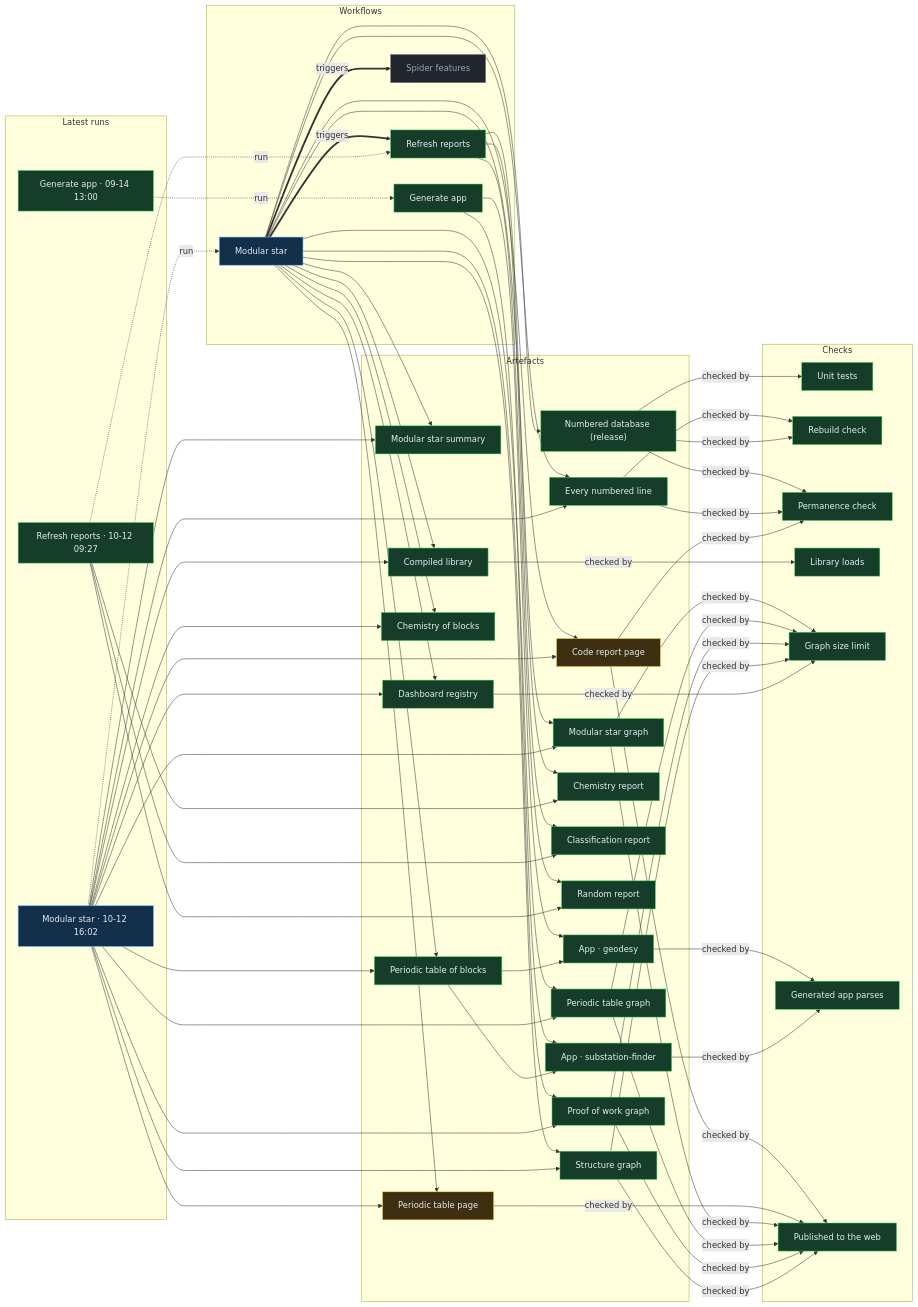
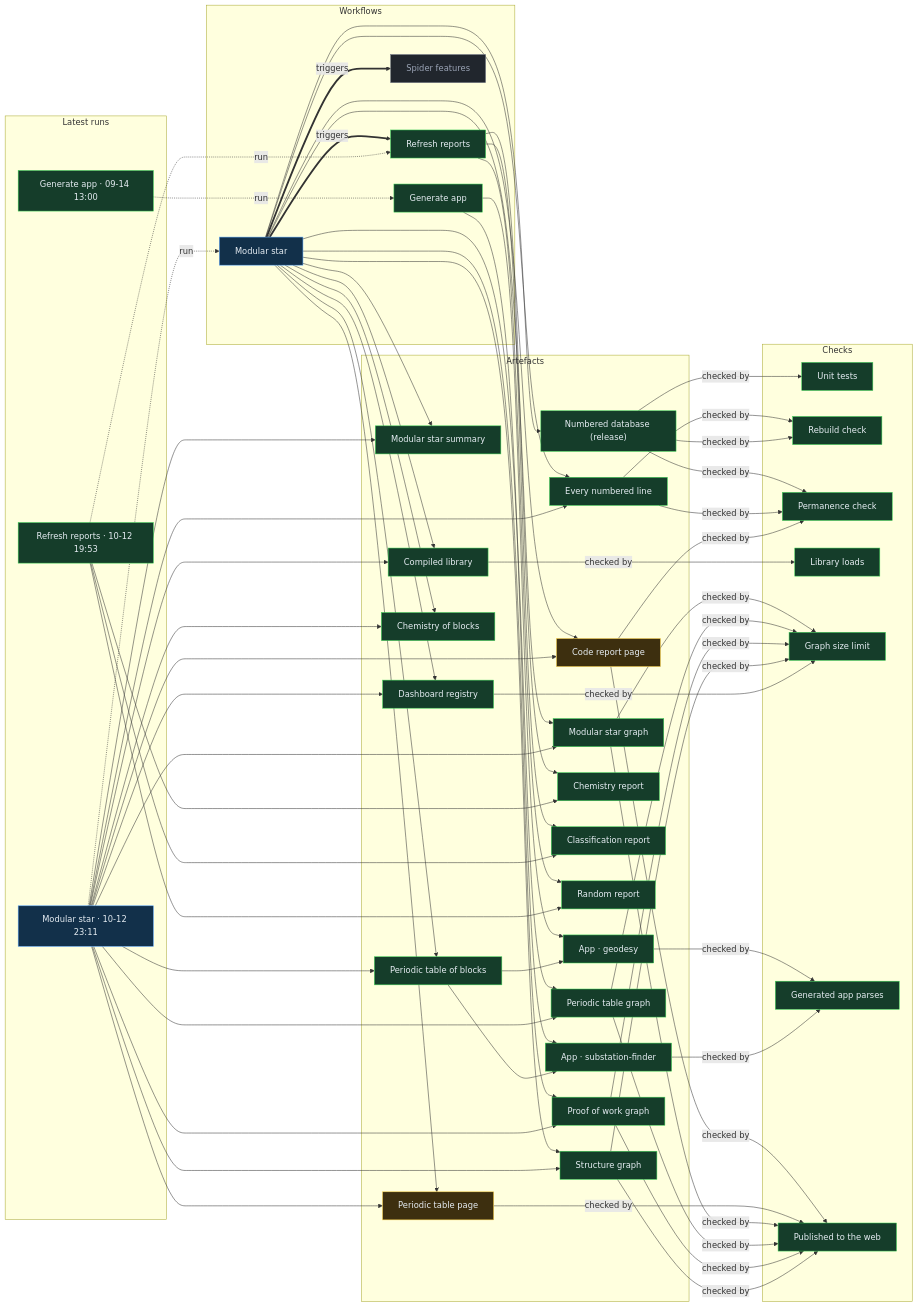
Before and after one commit to Ventusltd/stars: the diagram in proof/PROOF.md, drawn with Mermaid. The commit also changed other lines of this file and 34 other files, not shown here.

Commit message:
Modular star 2026-10-12T23:13Z

```diff
--- a/proof/PROOF.md
+++ b/proof/PROOF.md
@@ -24,8 +24,8 @@
   n_wf_spider_features["Spider features"]:::off
   end
   subgraph g_runs["Latest runs"]
-  n_run_38274598900["Modular star · 10-12 16:02"]:::live
-  n_run_38230027845["Refresh reports · 10-12 09:27"]:::ok
+  n_run_38320833153["Modular star · 10-12 23:11"]:::live
+  n_run_38300598444["Refresh reports · 10-12 19:53"]:::ok
   n_run_34846587798["Generate app · 09-14 13:00"]:::ok
   end
   subgraph g_artefacts["Artefacts"]
@@ -59,39 +59,39 @@
   end
   n_wf_modular_star == triggers ==> n_wf_refresh
   n_wf_modular_star == triggers ==> n_wf_spider_features
-  n_run_38274598900 -. run .-> n_wf_modular_star
-  n_run_38230027845 -. run .-> n_wf_refresh
+  n_run_38320833153 -. run .-> n_wf_modular_star
+  n_run_38300598444 -. run .-> n_wf_refresh
   n_run_34846587798 -. run .-> n_wf_generate
   n_wf_modular_star --> n_art_summary
-  n_run_38274598900 --> n_art_summary
+  n_run_38320833153 --> n_art_summary
   n_wf_modular_star --> n_art_lines
-  n_run_38274598900 --> n_art_lines
+  n_run_38320833153 --> n_art_lines
   n_wf_modular_star --> n_art_code
-  n_run_38274598900 --> n_art_code
+  n_run_38320833153 --> n_art_code
   n_wf_modular_star --> n_art_modular_graph
-  n_run_38274598900 --> n_art_modular_graph
+  n_run_38320833153 --> n_art_modular_graph
   n_wf_modular_star --> n_art_blocks
-  n_run_38274598900 --> n_art_blocks
+  n_run_38320833153 --> n_art_blocks
   n_wf_modular_star --> n_art_table
-  n_run_38274598900 --> n_art_table
+  n_run_38320833153 --> n_art_table
   n_wf_modular_star --> n_art_blocks_graph
-  n_run_38274598900 --> n_art_blocks_graph
+  n_run_38320833153 --> n_art_blocks_graph
   n_wf_modular_star --> n_art_reactions
-  n_run_38274598900 --> n_art_reactions
+  n_run_38320833153 --> n_art_reactions
   n_wf_modular_star --> n_art_library
-  n_run_38274598900 --> n_art_library
+  n_run_38320833153 --> n_art_library
   n_wf_modular_star --> n_art_features
-  n_run_38274598900 --> n_art_features
+  n_run_38320833153 --> n_art_features
   n_wf_modular_star --> n_art_proof
-  n_run_38274598900 --> n_art_proof
+  n_run_38320833153 --> n_art_proof
   n_wf_modular_star --> n_art_structure
-  n_run_38274598900 --> n_art_structure
+  n_run_38320833153 --> n_art_structure
   n_wf_refresh --> n_art_chemistry
-  n_run_38230027845 --> n_art_chemistry
+  n_run_38300598444 --> n_art_chemistry
   n_wf_refresh --> n_art_vedic
-  n_run_38230027845 --> n_art_vedic
+  n_run_38300598444 --> n_art_vedic
   n_wf_refresh --> n_art_random
-  n_run_38230027845 --> n_art_random
+  n_run_38300598444 --> n_art_random
   n_wf_modular_star --> n_art_release
   n_wf_generate --> n_app_geodesy
   n_art_blocks --> n_app_geodesy
```
